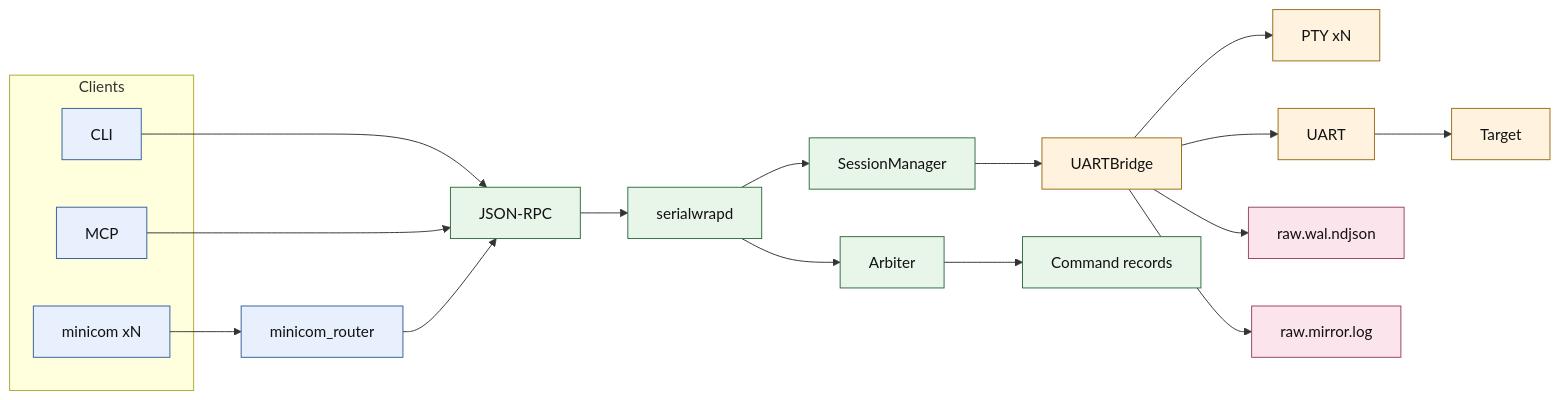
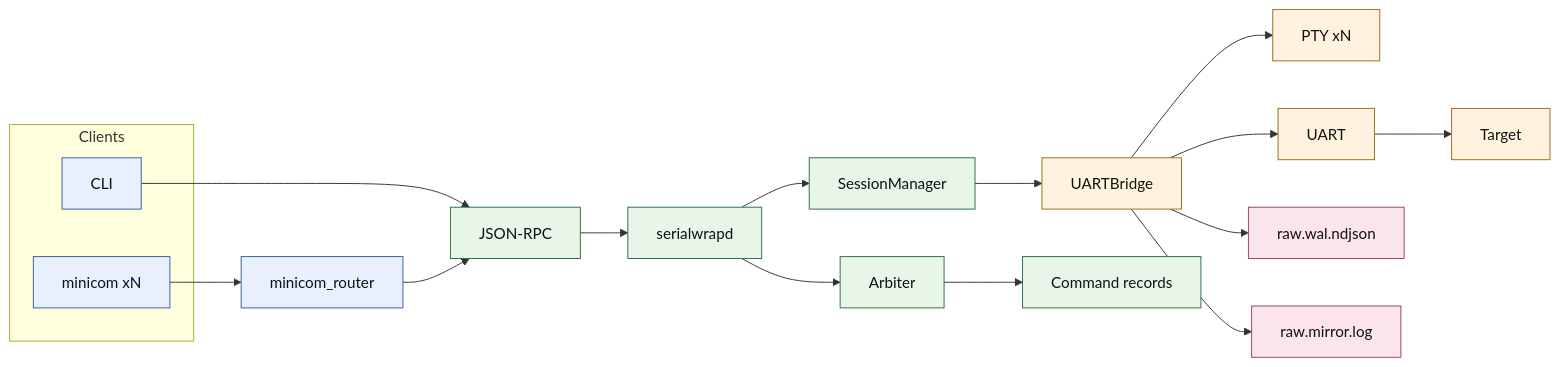
One commit to hamanpaul/serialwrap changed the first of 3 diagrams in docs/serialwrap-spec.md. Above: the diagram before and after it, drawn with Mermaid. The commit also changed other lines of this file and 4 other files, not shown here.

````diff
--- a/docs/serialwrap-spec.md
+++ b/docs/serialwrap-spec.md
@@ -61,33 +60,31 @@
 ```mermaid
 flowchart LR
     subgraph C["Clients"]
         CLI["CLI"]
-        MCP["MCP"]
         MINI["minicom xN"]
     end
 
     CLI --> RPC["JSON-RPC"]
-    MCP --> RPC
     MINI --> ROUTER["minicom_router"]
     ROUTER --> RPC
     RPC --> D["serialwrapd"]
     D --> A["Arbiter"]
     D --> S["SessionManager"]
     S --> B["UARTBridge"]
     B --> P["PTY xN"]
     B --> U["UART"]
     U --> T["Target"]
     B --> W["raw.wal.ndjson"]
     B --> M["raw.mirror.log"]
     A --> R["Command records"]
 
     classDef client fill:#e8f0fe,stroke:#355c9a,stroke-width:1px,color:#111;
     classDef core fill:#e8f5e9,stroke:#2f6b3f,stroke-width:1px,color:#111;
     classDef io fill:#fff3e0,stroke:#9a6b16,stroke-width:1px,color:#111;
     classDef log fill:#fce4ec,stroke:#9a3f64,stroke-width:1px,color:#111;
 
-    class CLI,MCP,MINI,ROUTER client;
+    class CLI,MINI,ROUTER client;
     class RPC,D,A,S,R core;
     class B,P,U,T io;
     class W,M log;
 ```
````
